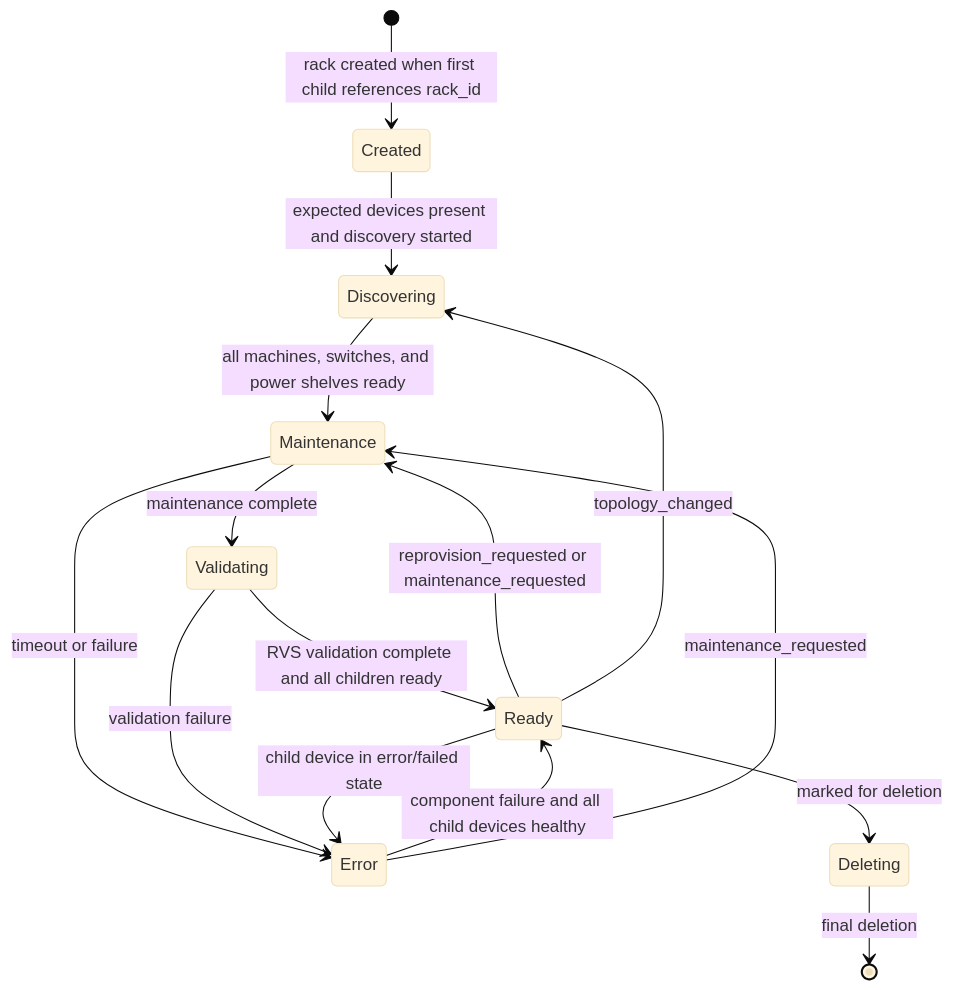
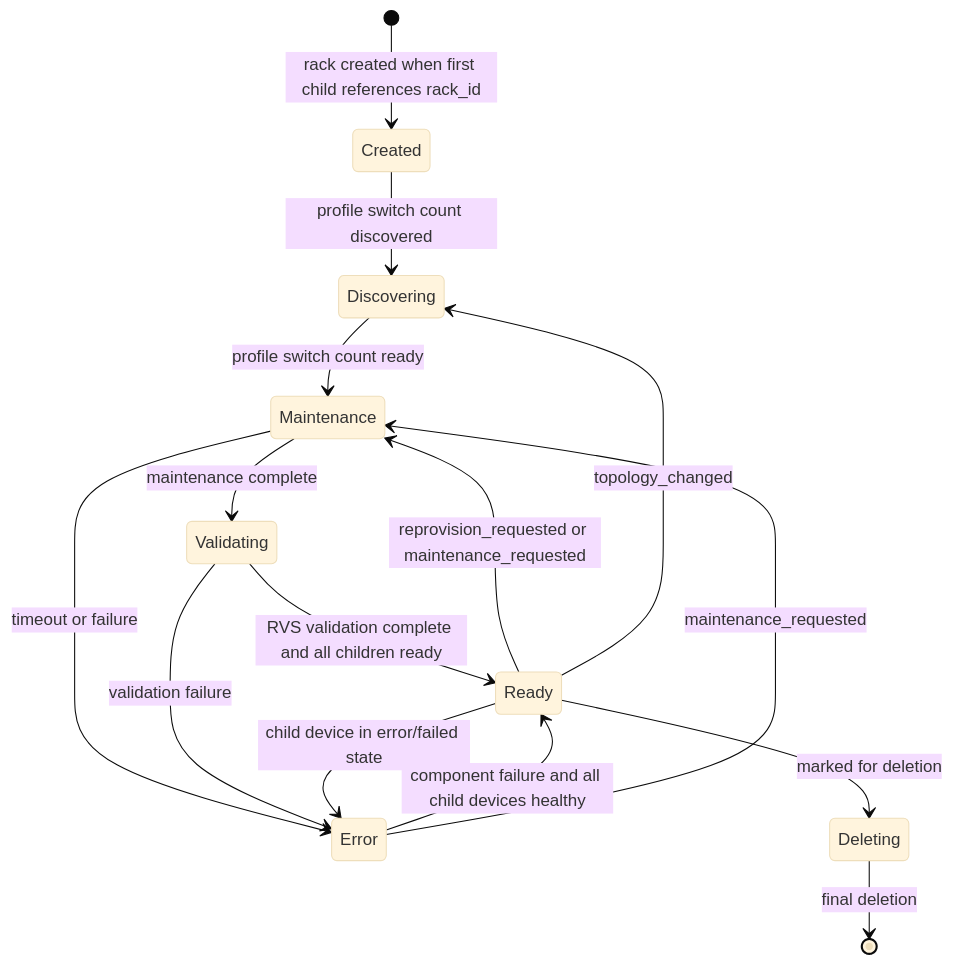
The second of 3 diagrams in docs/architecture/state_machines/rackstatemachine.md (dsx-ai-factory/infra-controller), drawn with Mermaid (base theme) before and after one commit. The commit also changed other lines of this file and 9 other files, not shown here.

````diff
--- a/docs/architecture/state_machines/rackstatemachine.md
+++ b/docs/architecture/state_machines/rackstatemachine.md
@@ -130,31 +128,31 @@
 ```mermaid
 stateDiagram-v2
     state "Created" as Created
     state "Discovering" as Discovering
     state "Maintenance" as Maintenance
     state "Validating" as Validating
     state "Ready" as Ready
     state "Error" as Error
     state "Deleting" as Deleting
 
     [*] --> Created : rack created when first child references rack_id
 
-    Created --> Discovering : expected devices present and discovery started
-    Discovering --> Maintenance : all machines, switches, and power shelves ready
+    Created --> Discovering : profile switch count discovered
+    Discovering --> Maintenance : profile switch count ready
 
     Maintenance --> Validating : maintenance complete
     Maintenance --> Error : timeout or failure
 
     Validating --> Ready : RVS validation complete and all children ready
     Validating --> Error : validation failure
 
     Ready --> Maintenance : reprovision_requested or maintenance_requested
     Ready --> Discovering : topology_changed
     Ready --> Error : child device in error/failed state
 
     Error --> Ready : component failure and all child devices healthy
     Error --> Maintenance : maintenance_requested
 
     Ready --> Deleting : marked for deletion
     Deleting --> [*] : final deletion
 ```
````
